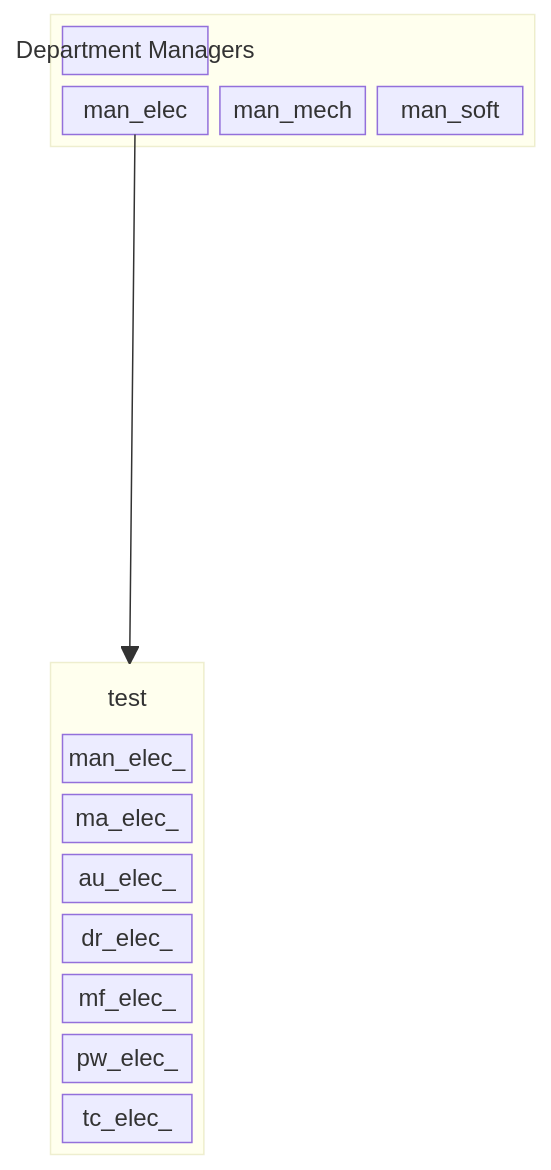
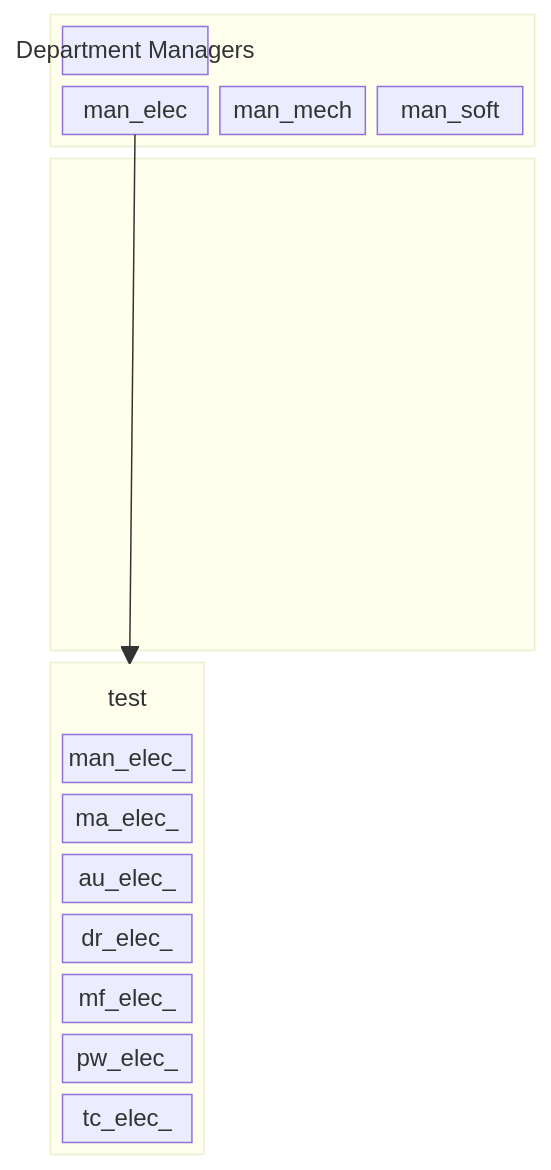
The diagram in README.md (FooGiGo-Org/.github), drawn with Mermaid before and after one commit.

Commit message:
Update README.md formatting for block structure
Replace 'space' with 'block:empty' in README.md

````diff
--- a/README.md
+++ b/README.md
@@ -1,27 +1,29 @@
 ```mermaid
 ---
 title: SCRB Matrix Organization
 ---
 block
     columns 3
     block:test:3
         columns 3
         man["Department Managers"]:3
         man_elec man_mech man_soft
     end
-    space:3
+    block:empty:3
+        space
+    end
     block:meme:1
         columns 1
         uct("test")
         man_elec_
         ma_elec_
         au_elec_
         dr_elec_
         mf_elec_
         pw_elec_
         tc_elec_
     end
     man_elec --> meme
 class uct BT
 classDef BT stroke:transparent,fill:transparent
 ```
````
